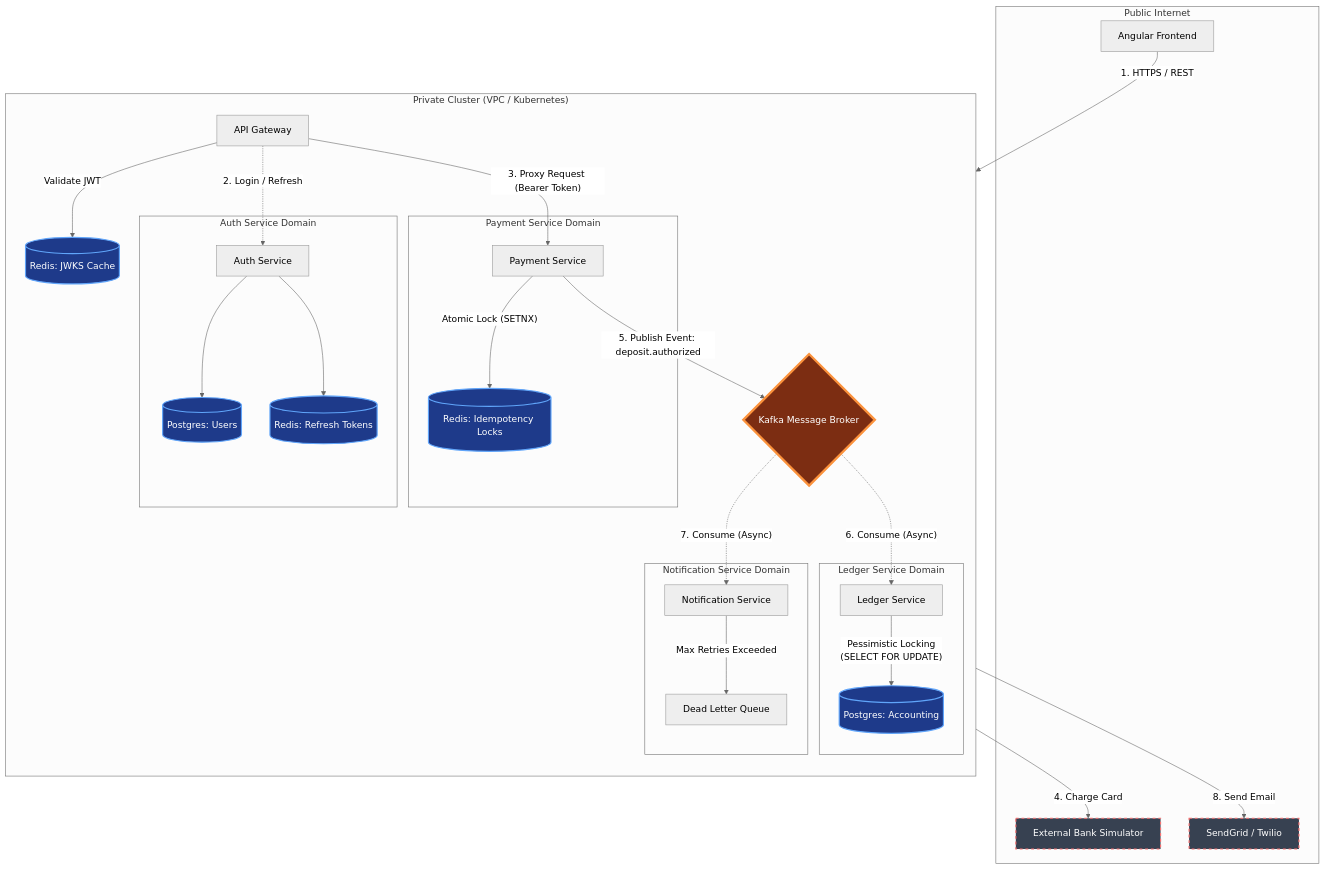
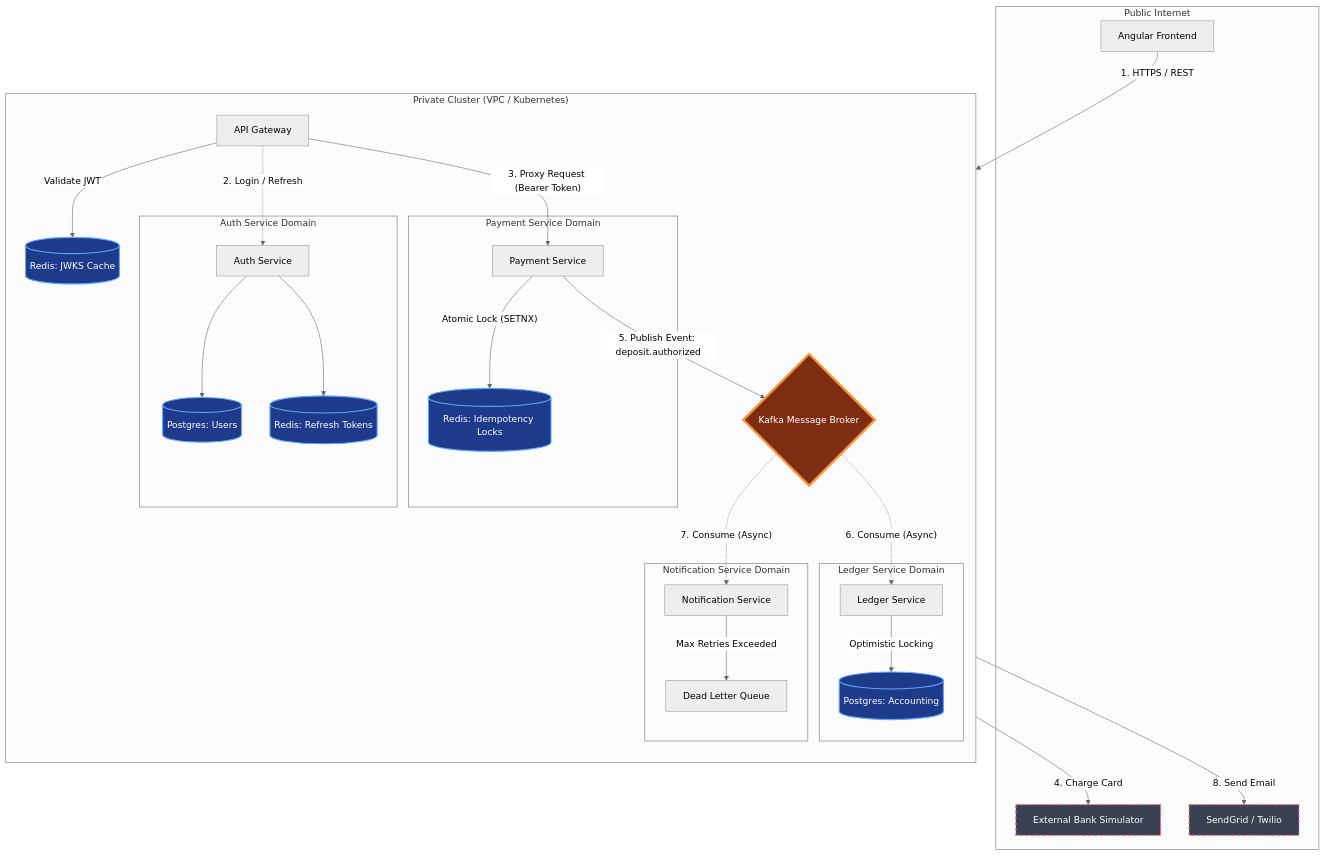
Before and after one commit to rixon15/Distributed-Payment-Ledger-System: the eighth of 8 diagrams in README.md, drawn with Mermaid (neutral theme).

Commit message:
Change Ledger locking strategy to Optimistic Locking

````diff
--- a/README.md
+++ b/README.md
@@ -395,61 +395,61 @@
 ```mermaid
     flowchart TB
  subgraph subGraph0["Public Internet"]
         User["Angular Frontend"]
         ExternalBank["External Bank Simulator<br>"]
         EmailProvider["SendGrid / Twilio"]
   end
  subgraph subGraph1["Auth Service Domain"]
         Auth["Auth Service<br>"]
         AuthDB[("Postgres: Users")]
         AuthRedis[("Redis: Refresh Tokens")]
   end
  subgraph subGraph2["Payment Service Domain"]
         Payment["Payment Service<br>"]
         PayRedis[("Redis: Idempotency Locks")]
   end
  subgraph subGraph3["Ledger Service Domain"]
         Ledger["Ledger Service<br>"]
         LedgerDB[("Postgres: Accounting")]
   end
  subgraph subGraph4["Notification Service Domain"]
         Notif["Notification Service"]
         DLQ["Dead Letter Queue"]
   end
  subgraph subGraph5["Private Cluster (VPC / Kubernetes)"]
     direction TB
         GW["API Gateway<br>"]
         GW_Cache[("Redis: JWKS Cache")]
         subGraph1
         subGraph2
         subGraph3
         subGraph4
         Kafka{"Kafka Message Broker"}
   end
     GW -- Validate JWT --> GW_Cache
     Auth --> AuthDB & AuthRedis
     Payment -- Atomic Lock (SETNX) --> PayRedis
-    Ledger -- Pessimistic Locking<br>(SELECT FOR UPDATE) --> LedgerDB
+    Ledger -- Optimistic Locking --> LedgerDB
     User -- "1. HTTPS / REST" --> GW
     GW -. "2. Login / Refresh" .-> Auth
     GW -- "3. Proxy Request (Bearer Token)" --> Payment
     Payment -- "4. Charge Card" --> ExternalBank
     Payment -- "5. Publish Event: deposit.authorized" --> Kafka
     Kafka -. "6. Consume (Async)" .-> Ledger
     Kafka -. "7. Consume (Async)" .-> Notif
     Notif -- "8. Send Email" --> EmailProvider
     Notif -- Max Retries Exceeded --> DLQ
 
      ExternalBank:::ext
      EmailProvider:::ext
      AuthDB:::db
      AuthRedis:::db
      PayRedis:::db
      LedgerDB:::db
      GW_Cache:::db
      Kafka:::bus
     classDef service fill:#1f2937,stroke:#3b82f6,stroke-width:2px,color:#fff
     classDef db fill:#1e3a8a,stroke:#60a5fa,stroke-width:2px,color:#fff
     classDef ext fill:#374151,stroke:#f87171,stroke-width:2px,stroke-dasharray: 5 5,color:#fff
     classDef bus fill:#7c2d12,stroke:#fb923c,stroke-width:4px,color:#fff
 ```
````
